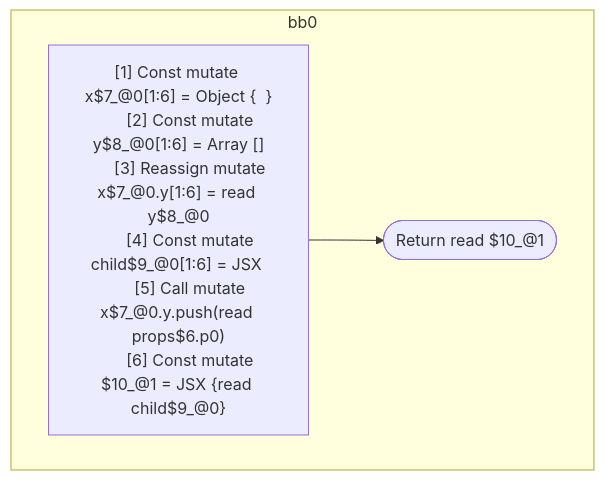
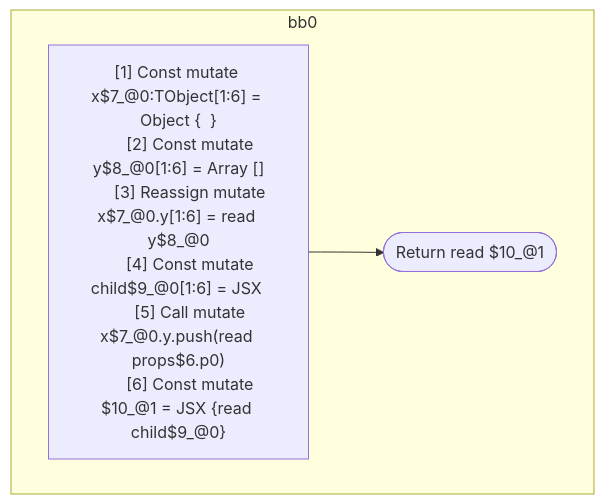
The diagram in compiler/forget/src/__tests__/fixtures/hir/property-assignment.expect.md (wutsmog/private), drawn with Mermaid before and after one commit. The commit also changed other lines of this file and 112 other files, not shown here.

````diff
--- a/compiler/forget/src/__tests__/fixtures/hir/property-assignment.expect.md
+++ b/compiler/forget/src/__tests__/fixtures/hir/property-assignment.expect.md
@@ -59,18 +59,18 @@
 ```mermaid
 flowchart TB
   %% Basic Blocks
   subgraph bb0
     bb0_instrs["
-      [1] Const mutate x$7_@0[1:6] = Object {  }
+      [1] Const mutate x$7_@0:TObject[1:6] = Object {  }
       [2] Const mutate y$8_@0[1:6] = Array []
       [3] Reassign mutate x$7_@0.y[1:6] = read y$8_@0
       [4] Const mutate child$9_@0[1:6] = JSX <read Component$0 data={freeze y$8_@0} ></read Component$0>
       [5] Call mutate x$7_@0.y.push(read props$6.p0)
-      [6] Const mutate $10_@1 = JSX <read Component$0 data={freeze x$7_@0} >{read child$9_@0}</read Component$0>
+      [6] Const mutate $10_@1 = JSX <read Component$0 data={freeze x$7_@0:TObject} >{read child$9_@0}</read Component$0>
     "]
     bb0_instrs --> bb0_terminal(["Return read $10_@1"])
   end
 
   %% Jumps
   %% empty
 ```
````
